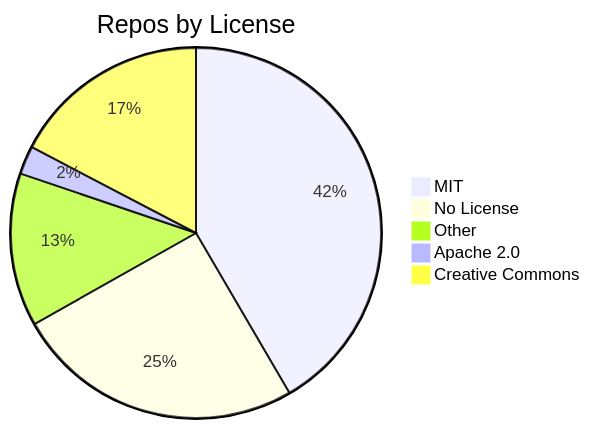
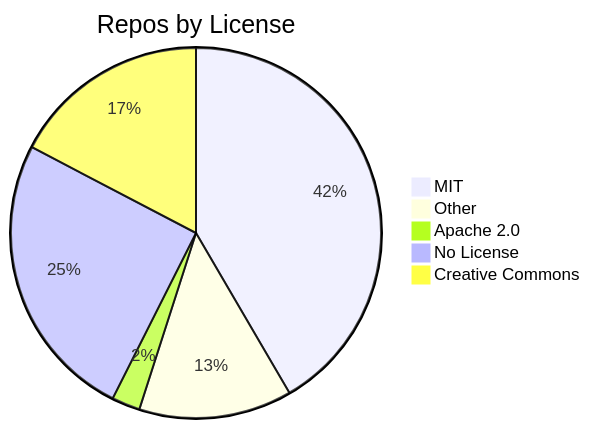
The diagram in README.md (jpatterson933/awesome-mcp-server-repo-index), drawn with Mermaid before and after one commit. The commit also changed other lines of this file and 7 other files, not shown here.

````diff
--- a/README.md
+++ b/README.md
@@ -31,8 +31,8 @@
 ```mermaid
 pie title Repos by License
     "MIT" : 84
-    "No License" : 51
     "Other" : 27
     "Apache 2.0" : 5
+    "No License" : 51
     "Creative Commons" : 35
 ```
````
